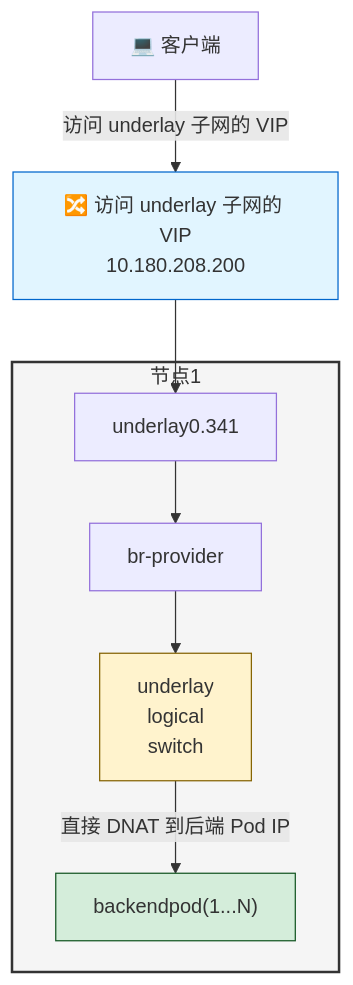
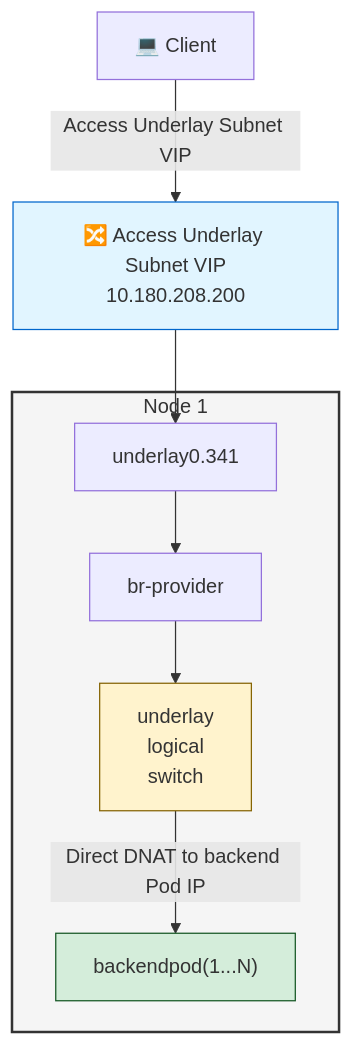
The diagram in docs/en/configure/networking/how_to/kube_ovn/config_metallb_underlay.mdx (alauda/acp-docs), drawn with Mermaid before and after one commit. The commit also changed other lines of this file, not shown here.

Commit message:
add metalln underlay

````diff
--- a/docs/en/configure/networking/how_to/kube_ovn/config_metallb_underlay.mdx
+++ b/docs/en/configure/networking/how_to/kube_ovn/config_metallb_underlay.mdx
@@ -14,27 +20,27 @@
 ```mermaid
 flowchart TB
-    Client["💻 客户端"]
-    VIP["🔀 访问 underlay 子网的 VIP<br/>10.180.208.200"]
+    Client["💻 Client"]
+    VIP["🔀 Access Underlay Subnet VIP<br/>10.180.208.200"]
     Interface["underlay0.341"]
     BrProvider["br-provider"]
     LogicalSwitch["underlay<br/>logical<br/>switch"]
     BackendPod["backendpod(1...N)"]
 
-    Client -->|"访问 underlay 子网的 VIP"| VIP
+    Client -->|"Access Underlay Subnet VIP"| VIP
     VIP --> Interface
     Interface --> BrProvider
     BrProvider --> LogicalSwitch
-    LogicalSwitch -->|"直接 DNAT 到后端 Pod IP"| BackendPod
+    LogicalSwitch -->|"Direct DNAT to backend Pod IP"| BackendPod
 
-    subgraph Node["节点1"]
+    subgraph Node["Node 1"]
         BackendPod
         LogicalSwitch
         BrProvider
         Interface
     end
 
     style Node fill:#f5f5f5,stroke:#333,stroke-width:2px
     style VIP fill:#e1f5ff,stroke:#0066cc
     style LogicalSwitch fill:#fff3cd,stroke:#856404
     style BackendPod fill:#d4edda,stroke:#155724
 ```
````
